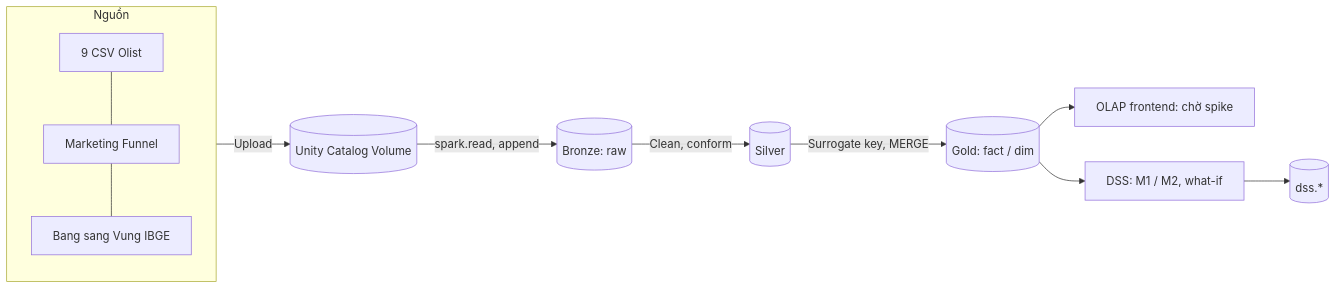
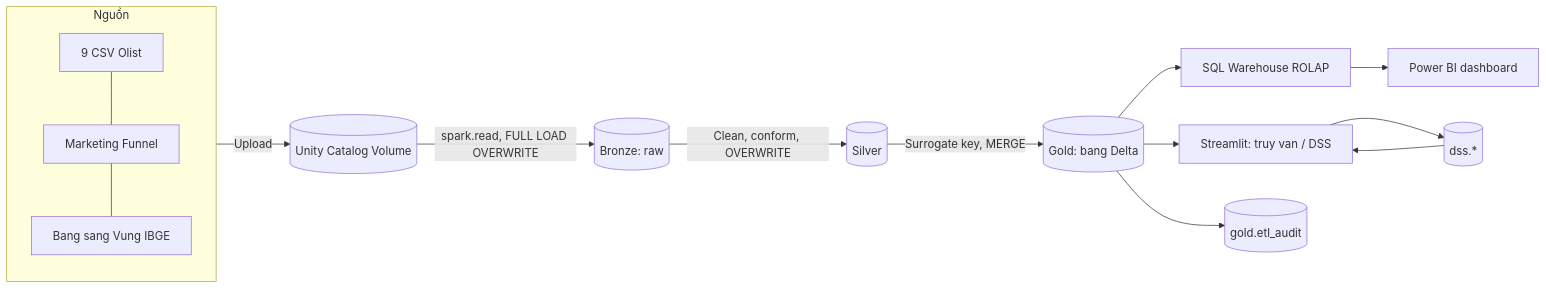
One commit to toann1405/olist-dw-dss changed the first of 2 diagrams in docs/SPEC.md. Above: the diagram before and after it, drawn with Mermaid. The commit also changed other lines of this file and 11 other files, not shown here.

Commit message:
docs: simplify load strategy (full load bronze/silver, merge gold)

````diff
--- a/docs/SPEC.md
+++ b/docs/SPEC.md
@@ -153,13 +153,16 @@
 ```mermaid
 flowchart LR
   subgraph S[Nguồn]
     A1[9 CSV Olist] --- A2[Marketing Funnel] --- A3[Bang sang Vung IBGE]
   end
   S -->|Upload| V[(Unity Catalog Volume)]
-  V -->|spark.read, append| B[(Bronze: raw)]
-  B -->|Clean, conform| SI[(Silver)]
-  SI -->|Surrogate key, MERGE| G[(Gold: fact / dim)]
-  G --> OL[OLAP frontend: chờ spike]
-  G --> DSS[DSS: M1 / M2, what-if]
+  V -->|spark.read, FULL LOAD OVERWRITE| B[(Bronze: raw)]
+  B -->|Clean, conform, OVERWRITE| SI[(Silver)]
+  SI -->|Surrogate key, MERGE| G[(Gold: bang Delta)]
+  G --> WH[SQL Warehouse ROLAP]
+  WH --> OL[Power BI dashboard]
+  G --> DSS[Streamlit: truy van / DSS]
   DSS --> DL[(dss.*)]
+  DL --> DSS
+  G --> AU[(gold.etl_audit)]
 ```
````
